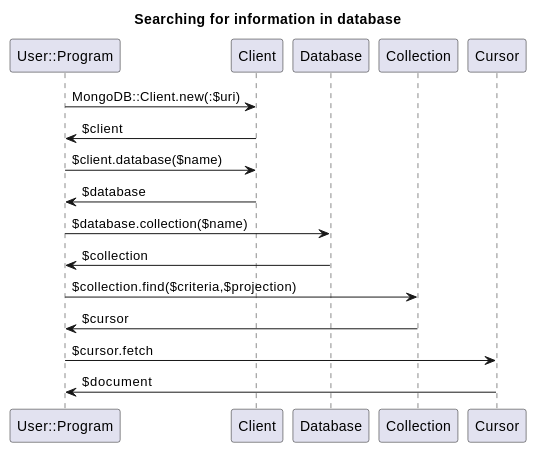
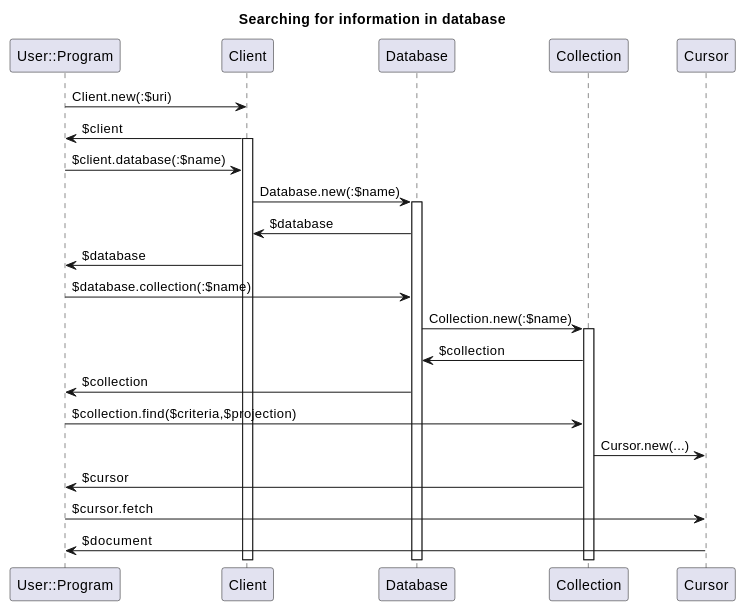
One commit to lizmat/raku-all-modules changed the third of 3 diagrams in MARTIMM/mongo-perl6-driver/doc/Design/Design-software.md. Above: the diagram before and after it, drawn with PlantUML. The commit also changed other lines of this file and 3 other files, not shown here.

````diff
--- a/MARTIMM/mongo-perl6-driver/doc/Design/Design-software.md
+++ b/MARTIMM/mongo-perl6-driver/doc/Design/Design-software.md
@@ -72,20 +102,29 @@
 ```plantuml
 title "Searching for information in database"
 
 participant UP as "User::Program"
 participant Cl as "Client"
 participant Da as "Database"
 participant Co as "Collection"
 participant Cu as "Cursor"
 
-UP -> Cl : MongoDB::Client.new(:$uri)
+UP -> Cl : Client.new(:$uri)
 Cl -> UP : $client
-UP -> Cl : $client.database($name)
+activate Cl
+UP -> Cl : $client.database(:$name)
+Cl -> Da : Database.new(:$name)
+activate Da
+Da -> Cl : $database
 Cl -> UP : $database
-UP -> Da : $database.collection($name)
+UP -> Da : $database.collection(:$name)
+Da -> Co : Collection.new(:$name)
+activate Co
+Co -> Da : $collection
 Da -> UP : $collection
 UP -> Co : $collection.find($criteria,$projection)
+Co -> Cu : Cursor.new(...)
 Co -> UP : $cursor
 UP -> Cu : $cursor.fetch
 Cu -> UP : $document
+
 ```
````
